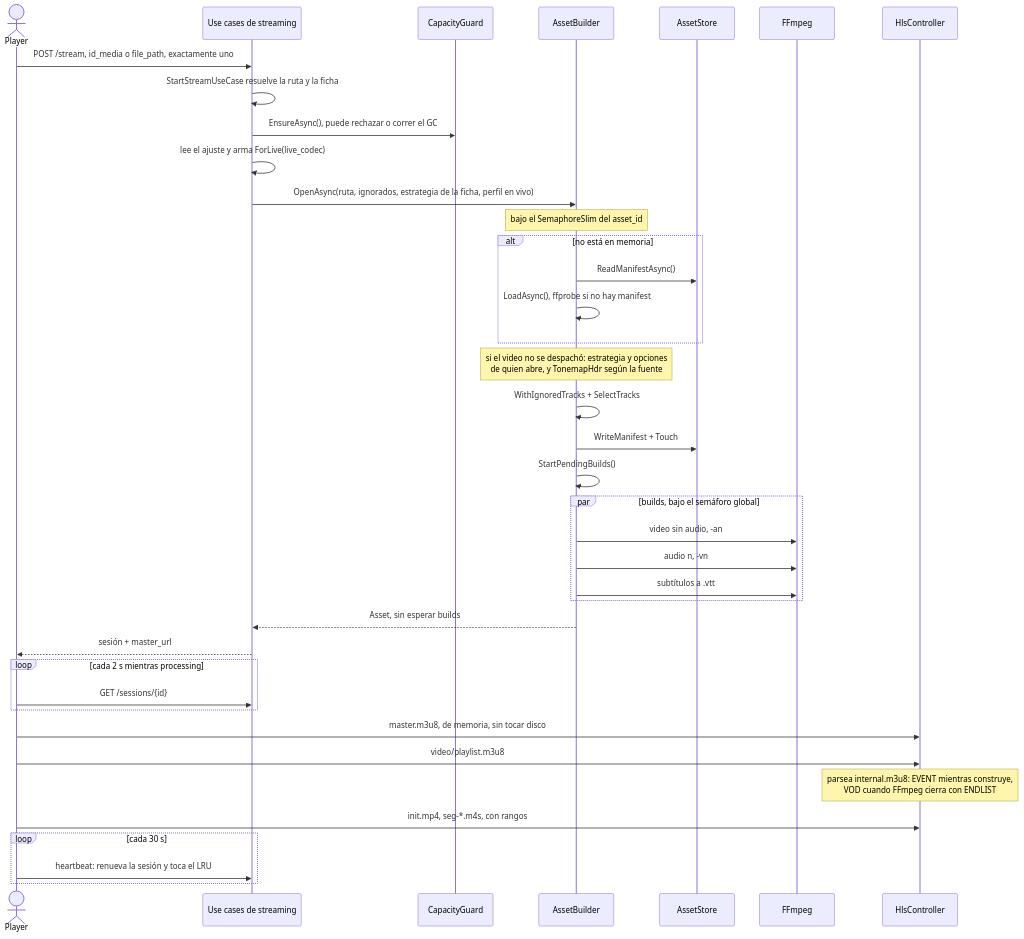
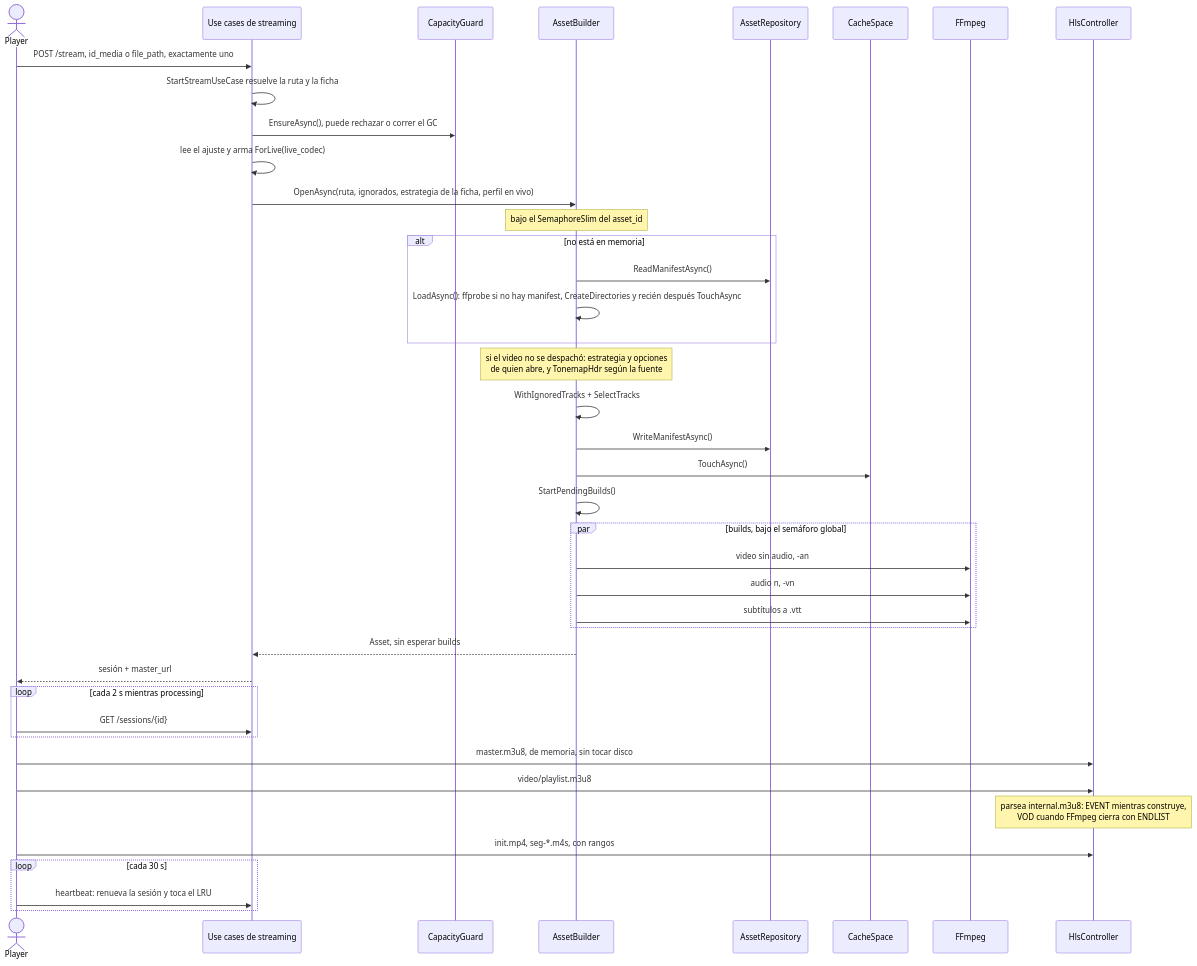
One commit to Juan045/home-stream-app changed the seventh of 15 diagrams in system_arquitecture.md. Above: the diagram before and after it, drawn with Mermaid. The commit also changed other lines of this file and 3 other files, not shown here.

Commit message:
docs: cache components after AssetStore split

````diff
--- a/system_arquitecture.md
+++ b/system_arquitecture.md
@@ -472,47 +495,49 @@
 ```mermaid
 sequenceDiagram
     actor P as Player
     participant UC as Use cases de streaming
     participant G as CapacityGuard
     participant B as AssetBuilder
-    participant S as AssetStore
+    participant S as AssetRepository
+    participant L as CacheSpace
     participant F as FFmpeg
     participant H as HlsController
 
     P->>UC: POST /stream, id_media o file_path, exactamente uno
     UC->>UC: StartStreamUseCase resuelve la ruta y la ficha
     UC->>G: EnsureAsync(), puede rechazar o correr el GC
     UC->>UC: lee el ajuste y arma ForLive(live_codec)
     UC->>B: OpenAsync(ruta, ignorados, estrategia de la ficha, perfil en vivo)
 
     Note over B: bajo el SemaphoreSlim del asset_id
     alt no está en memoria
         B->>S: ReadManifestAsync()
-        B->>B: LoadAsync(), ffprobe si no hay manifest
+        B->>B: LoadAsync(): ffprobe si no hay manifest, CreateDirectories y recién después TouchAsync
     end
     Note over B: si el video no se despachó: estrategia y opciones<br/>de quien abre, y TonemapHdr según la fuente
     B->>B: WithIgnoredTracks + SelectTracks
-    B->>S: WriteManifest + Touch
+    B->>S: WriteManifestAsync()
+    B->>L: TouchAsync()
     B->>B: StartPendingBuilds()
 
     par builds, bajo el semáforo global
         B->>F: video sin audio, -an
         B->>F: audio n, -vn
         B->>F: subtítulos a .vtt
     end
 
     B-->>UC: Asset, sin esperar builds
     UC-->>P: sesión + master_url
 
     loop cada 2 s mientras processing
         P->>UC: GET /sessions/{id}
     end
 
     P->>H: master.m3u8, de memoria, sin tocar disco
     P->>H: video/playlist.m3u8
     Note over H: parsea internal.m3u8: EVENT mientras construye,<br/>VOD cuando FFmpeg cierra con ENDLIST
     P->>H: init.mp4, seg-*.m4s, con rangos
     loop cada 30 s
         P->>UC: heartbeat: renueva la sesión y toca el LRU
     end
 ```
````
